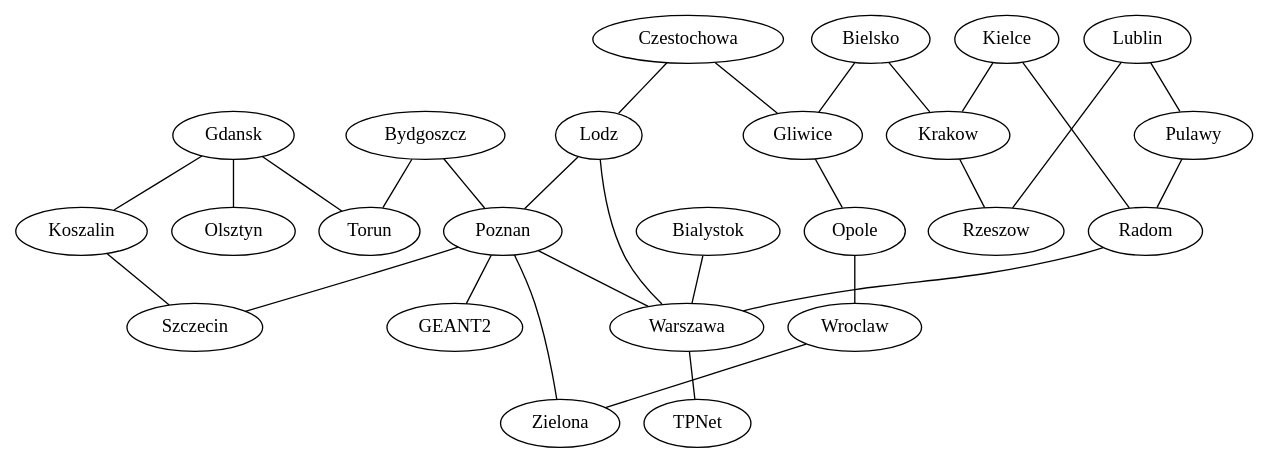
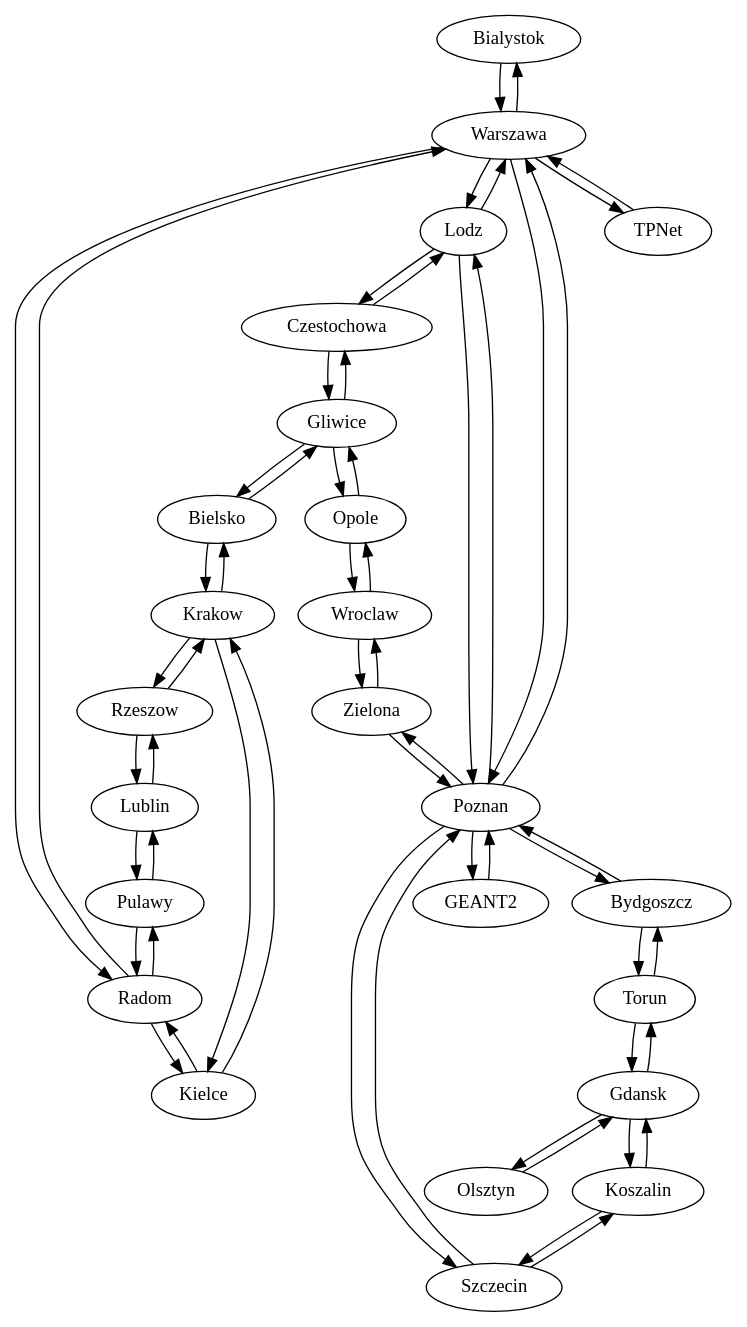
The diagram in runs/pionier.dot (iszczesniak/opus), drawn with Graphviz before and after one commit. The commit also changed 5 other files, not shown here.

```diff
--- a/runs/pionier.dot
+++ b/runs/pionier.dot
@@ -1,57 +1,85 @@
-Graph {
+digraph {
 	Bialystok;
 	Bielsko;
 	Bydgoszcz;
 	Czestochowa;
 	Gdansk;
 	Gliwice;
 	Kielce;
 	Koszalin;
 	Krakow;
 	Lodz;
 	Lublin;
 	Olsztyn;
 	Opole;
 	Poznan;
 	Pulawy;
 	Radom;
 	Rzeszow;
 	Szczecin;
 	Torun;
 	Warszawa;
 	Wroclaw;
 	Zielona;
 
 	GEANT2;
 	TPNet;
 
-	Bialystok -- Warszawa	[distance = "200", lambdas = "1"]
-	Bielsko -- Gliwice	[distance =  "50", lambdas = "2"]
-	Bielsko -- Krakow	[distance = "100", lambdas = "2"]
-	Bydgoszcz -- Poznan	[distance = "100", lambdas = "2"]
-	Bydgoszcz -- Torun	[distance =  "50", lambdas = "2"]
-	Czestochowa -- Gliwice 	[distance =  "50", lambdas = "1"]
-	Czestochowa -- Lodz	[distance = "100", lambdas = "1"]
-	Gdansk -- Koszalin	[distance = "200", lambdas = "1"]
-	Gdansk -- Olsztyn	[distance = "150", lambdas = "1"]
-	Gdansk -- Torun 	[distance = "150", lambdas = "2"]
-	Gliwice -- Opole 	[distance =  "50", lambdas = "2"]
-	Kielce -- Krakow 	[distance = "100", lambdas = "1"]
-	Kielce -- Radom 	[distance = "100", lambdas = "1"]
-	Koszalin -- Szczecin 	[distance = "150", lambdas = "1"]
-	Krakow -- Rzeszow	[distance = "150", lambdas = "1"]
-	Lodz -- Poznan		[distance = "200", lambdas = "1"]
-	Lodz -- Warszawa	[distance = "150", lambdas = "1"]
-	Lublin -- Pulawy	[distance =  "50", lambdas = "1"]
-	Lublin -- Rzeszow	[distance = "150", lambdas = "1"]
-	Opole -- Wroclaw	[distance = "100", lambdas = "2"]
-	Poznan -- Szczecin 	[distance = "250", lambdas = "1"]
-	Poznan -- Warszawa	[distance = "300", lambdas = "2"]
-	Poznan -- Zielona	[distance = "100", lambdas = "2"]
-	Pulawy -- Radom		[distance =  "50", lambdas = "1"]
-	Radom -- Warszawa	[distance = "100", lambdas = "1"]
-	Wroclaw -- Zielona	[distance = "150", lambdas = "2"]
+	Bialystok -> Warszawa	[distance = "200", lambdas = "1"]
+	Warszawa -> Bialystok	[distance = "200", lambdas = "1"]
+	Bielsko -> Gliwice	[distance =  "50", lambdas = "2"]
+	Gliwice -> Bielsko	[distance =  "50", lambdas = "2"]
+	Bielsko -> Krakow	[distance = "100", lambdas = "2"]
+	Krakow -> Bielsko	[distance = "100", lambdas = "2"]
+	Bydgoszcz -> Poznan	[distance = "100", lambdas = "2"]
+	Poznan -> Bydgoszcz	[distance = "100", lambdas = "2"]
+	Bydgoszcz -> Torun	[distance =  "50", lambdas = "2"]
+	Torun -> Bydgoszcz	[distance =  "50", lambdas = "2"]
+	Czestochowa -> Gliwice 	[distance =  "50", lambdas = "1"]
+	Gliwice -> Czestochowa	[distance =  "50", lambdas = "1"]
+	Czestochowa -> Lodz	[distance = "100", lambdas = "1"]
+	Lodz -> Czestochowa	[distance = "100", lambdas = "1"]
+	Gdansk -> Koszalin	[distance = "200", lambdas = "1"]
+	Koszalin -> Gdansk	[distance = "200", lambdas = "1"]
+	Gdansk -> Olsztyn	[distance = "150", lambdas = "1"]
+	Olsztyn -> Gdansk	[distance = "150", lambdas = "1"]
+	Gdansk -> Torun 	[distance = "150", lambdas = "2"]
+	Torun -> Gdansk		[distance = "150", lambdas = "2"]
+	Gliwice -> Opole 	[distance =  "50", lambdas = "2"]
+	Opole -> Gliwice 	[distance =  "50", lambdas = "2"]
+	Kielce -> Krakow 	[distance = "100", lambdas = "1"]
+	Krakow -> Kielce	[distance = "100", lambdas = "1"]
+	Kielce -> Radom 	[distance = "100", lambdas = "1"]
+	Radom -> Kielce		[distance = "100", lambdas = "1"]
+	Koszalin -> Szczecin 	[distance = "150", lambdas = "1"]
+	Szczecin -> Koszalin	[distance = "150", lambdas = "1"]
+	Krakow -> Rzeszow	[distance = "150", lambdas = "1"]
+	Rzeszow -> Krakow	[distance = "150", lambdas = "1"]
+	Lodz -> Poznan		[distance = "200", lambdas = "1"]
+	Poznan -> Lodz		[distance = "200", lambdas = "1"]
+	Lodz -> Warszawa	[distance = "150", lambdas = "1"]
+	Warszawa -> Lodz	[distance = "150", lambdas = "1"]
+	Lublin -> Pulawy	[distance =  "50", lambdas = "1"]
+	Pulawy -> Lublin	[distance =  "50", lambdas = "1"]
+	Lublin -> Rzeszow	[distance = "150", lambdas = "1"]
+	Rzeszow -> Lublin	[distance = "150", lambdas = "1"]
+	Opole -> Wroclaw	[distance = "100", lambdas = "2"]
+	Wroclaw -> Opole	[distance = "100", lambdas = "2"]
+	Poznan -> Szczecin 	[distance = "250", lambdas = "1"]
+	Szczecin -> Poznan	[distance = "250", lambdas = "1"]
+	Poznan -> Warszawa	[distance = "300", lambdas = "2"]
+	Warszawa -> Poznan	[distance = "300", lambdas = "2"]
+	Poznan -> Zielona	[distance = "100", lambdas = "2"]
+	Zielona -> Poznan	[distance = "100", lambdas = "2"]
+	Pulawy -> Radom		[distance =  "50", lambdas = "1"]
+	Radom -> Pulawy		[distance =  "50", lambdas = "1"]
+	Radom -> Warszawa	[distance = "100", lambdas = "1"]
+	Warszawa -> Radom	[distance = "100", lambdas = "1"]
+	Wroclaw -> Zielona	[distance = "150", lambdas = "2"]
+	Zielona -> Wroclaw	[distance = "150", lambdas = "2"]
 
-	Poznan -- GEANT2	[distance = "50", lambdas = "2"]
-	Warszawa -- TPNet	[distance = "50", lambdas = "1"]
+	Poznan -> GEANT2	[distance = "50", lambdas = "2"]
+	GEANT2 -> Poznan	[distance = "50", lambdas = "2"]
+	Warszawa -> TPNet	[distance = "50", lambdas = "1"]
+	TPNet -> Warszawa	[distance = "50", lambdas = "1"]
 }
```
